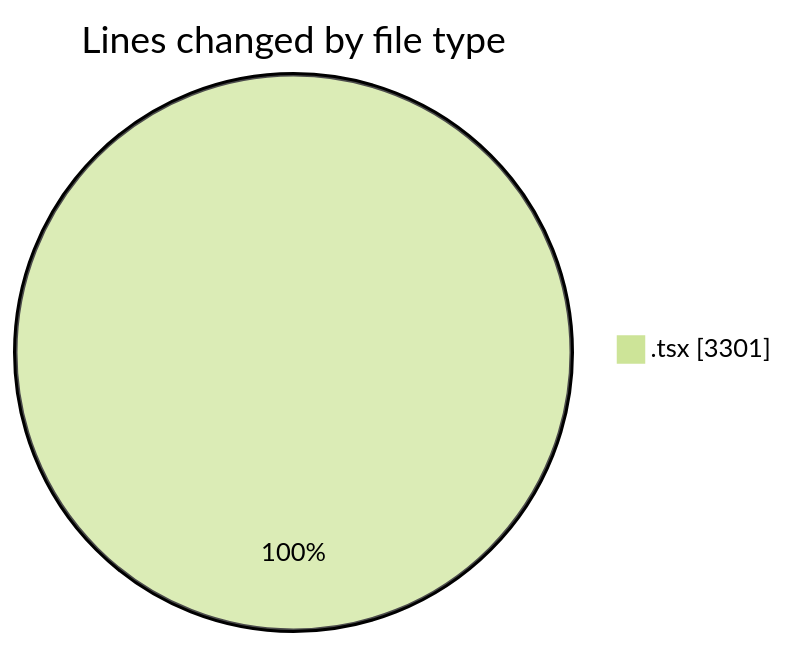
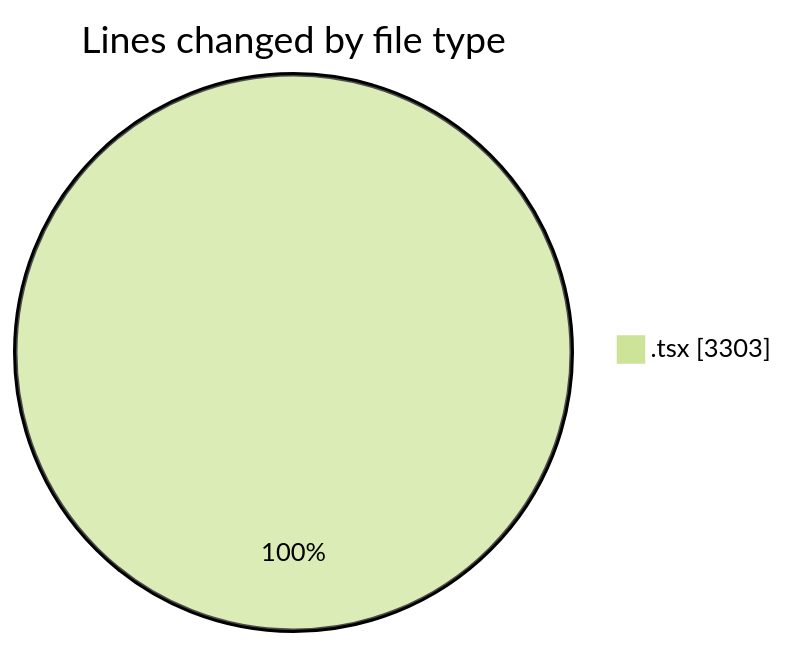
Before and after one commit to nxtqubesakshisongat/code-tracking: the first of 2 diagrams in 2026-06-24/nxtqube_webapp/README.md, drawn with Mermaid (forest theme). The commit also changed other lines of this file and 1 other file, not shown here.

````diff
--- a/2026-06-24/nxtqube_webapp/README.md
+++ b/2026-06-24/nxtqube_webapp/README.md
@@ -23,5 +23,5 @@
 ```mermaid
 pie showData
 title Lines changed by file type
-".tsx" : 3301
+".tsx" : 3303
 ```
````
